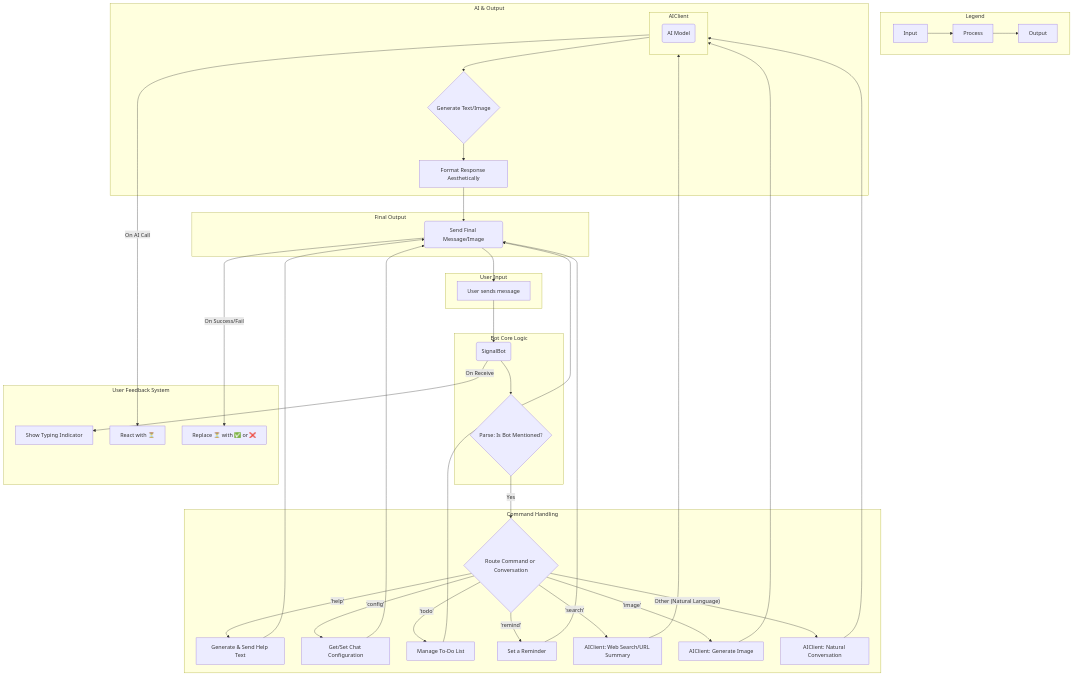
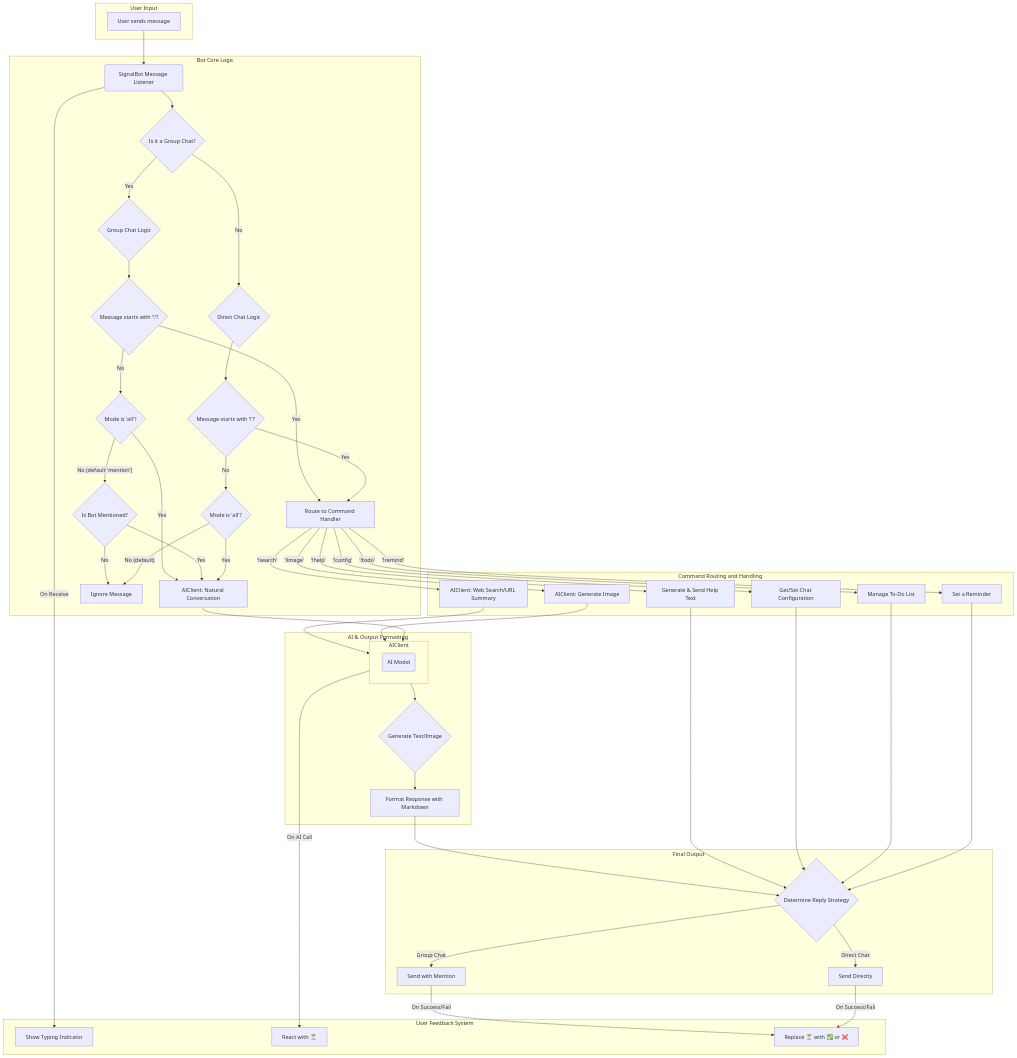
The diagram in docs/bot_interaction_flow.md (cornellshakh/signal-ai), drawn with Mermaid before and after one commit. The commit also changed other lines of this file and 15 other files, not shown here.

Commit message:
feat: improve message handling and add new features

````diff
--- a/docs/bot_interaction_flow.md
+++ b/docs/bot_interaction_flow.md
@@ -9,55 +9,65 @@
 ```mermaid
 graph TD
-    subgraph Legend
-        direction LR
-        L1[Input] --> L2[Process] --> L3[Output]
-    end
-
     subgraph User Input
         A[User sends message]
     end
 
     subgraph Bot Core Logic
-        B(SignalBot)
+        B(SignalBot Message Listener)
         A --> B
-        B --> C{Parse: Is Bot Mentioned?}
+        B --> C{Is it a Group Chat?}
+
+        C -- Yes --> G_Start{Group Chat Logic}
+        G_Start --> G_CmdCheck{Message starts with '!'?}
+        G_CmdCheck -- Yes --> ProcessCmd[Route to Command Handler]
+        G_CmdCheck -- No --> G_ModeCheck{Mode is 'all'?}
+        G_ModeCheck -- Yes --> ProcessNL[AIClient: Natural Conversation]
+        G_ModeCheck -- No (default 'mention') --> G_MentionCheck{Is Bot Mentioned?}
+        G_MentionCheck -- Yes --> ProcessNL
+        G_MentionCheck -- No --> Ignore[Ignore Message]
+
+        C -- No --> D_Start{Direct Chat Logic}
+        D_Start --> D_CmdCheck{Message starts with '!'?}
+        D_CmdCheck -- Yes --> ProcessCmd
+        D_CmdCheck -- No --> D_ModeCheck{Mode is 'all'?}
+        D_ModeCheck -- Yes --> ProcessNL
+        D_ModeCheck -- No (default) --> Ignore
     end
 
-    subgraph Command Handling
-        C -- Yes --> D{Route Command or Conversation}
-        D -- 'help' --> Help[Generate & Send Help Text]
-        D -- 'config' --> Config[Get/Set Chat Configuration]
-        D -- 'todo' --> Todo[Manage To-Do List]
-        D -- 'remind' --> Remind[Set a Reminder]
-        D -- 'search' --> Search[AIClient: Web Search/URL Summary]
-        D -- 'image' --> Image[AIClient: Generate Image]
-        D -- Other (Natural Language) --> Conv[AIClient: Natural Conversation]
+    subgraph Command Routing and Handling
+        ProcessCmd -- '!help' --> Help[Generate & Send Help Text]
+        ProcessCmd -- '!config' --> Config[Get/Set Chat Configuration]
+        ProcessCmd -- '!todo' --> Todo[Manage To-Do List]
+        ProcessCmd -- '!remind' --> Remind[Set a Reminder]
+        ProcessCmd -- '!search' --> Search[AIClient: Web Search/URL Summary]
+        ProcessCmd -- '!image' --> Image[AIClient: Generate Image]
     end
 
-    subgraph AI & Output
+    subgraph AI & Output Formatting
         subgraph AIClient
             direction LR
             Search --> AIC
             Image --> AIC
-            Conv --> AIC
+            ProcessNL --> AIC
         end
         AIC(AI Model) --> Res{Generate Text/Image}
-        Res --> Format[Format Response Aesthetically]
+        Res --> Format[Format Response with Markdown]
     end
 
     subgraph Final Output
-      Format --> Out(Send Final Message/Image)
-      Help --> Out
-      Config --> Out
-      Todo --> Out
-      Remind --> Out
+      Format --> E{Determine Reply Strategy}
+      Help --> E
+      Config --> E
+      Todo --> E
+      Remind --> E
+      E -- Group Chat --> MentionReply[Send with Mention]
+      E -- Direct Chat --> DirectReply[Send Directly]
     end
 
     subgraph User Feedback System
         B -- On Receive --> T1[Show Typing Indicator]
         AIC -- On AI Call --> T2[React with ⏳]
-        Out -- On Success/Fail --> T3[Replace ⏳ with ✅ or ❌]
+        MentionReply -- On Success/Fail --> T3[Replace ⏳ with ✅ or ❌]
+        DirectReply -- On Success/Fail --> T3
     end
-
-    Out --> A
 ```
````
